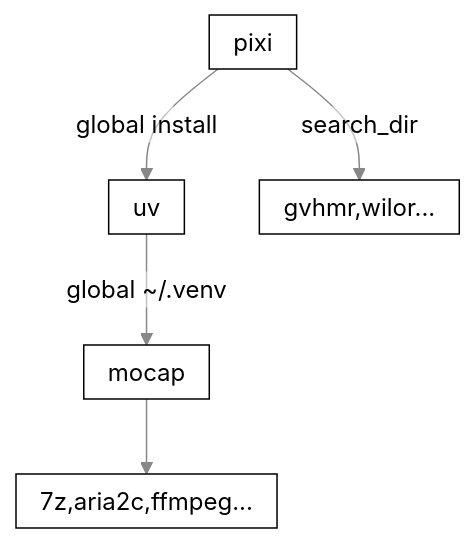
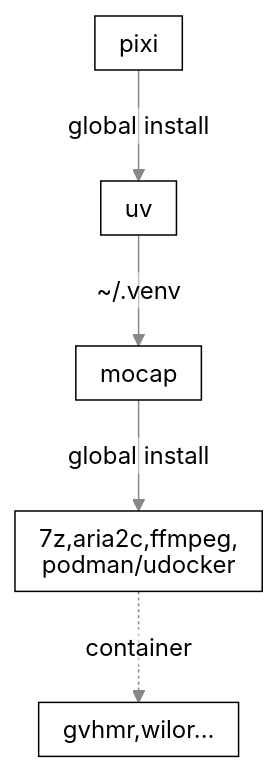
The diagram in README.md (AClon314/mocap-wrapper), drawn with Mermaid before and after one commit. The commit also changed other lines of this file and 18 other files, not shown here.

Commit message:
draft breaking change: remove install gvhmr... on bare machine, use podman/udocker instead

````diff
--- a/README.md
+++ b/README.md
@@ -117,11 +118,10 @@
 ```mermaid
 %%{init:{'flowchart':{'padding':0, 'htmlLabels':false}, 'htmlLabels':false, 'theme':'base', 'themeVariables':{'primaryColor':'#fff','clusterBkg':'#fff','edgeLabelBackground':'#fff','lineColor':'#888','primaryTextColor':'#000','primaryBorderColor':'#000','secondaryTextColor':'#000', 'clusterBorder':'#888','tertiaryTextColor':'#000'} }}%%
 graph TD
-p[pixi]
-u[uv]
-m[mocap]
-p --global install--> u
-u --global ~/.venv--> m
-p --search_dir--> gvhmr,wilor...
-m --> 7z,aria2c,ffmpeg...
+pkgs["7z,aria2c,ffmpeg, podman/udocker"]
+ai["gvhmr,wilor..."]
+pixi --global install--> uv
+uv --~/.venv--> mocap
+mocap --global install--> pkgs
+pkgs -.container.-> ai
 ```
````
